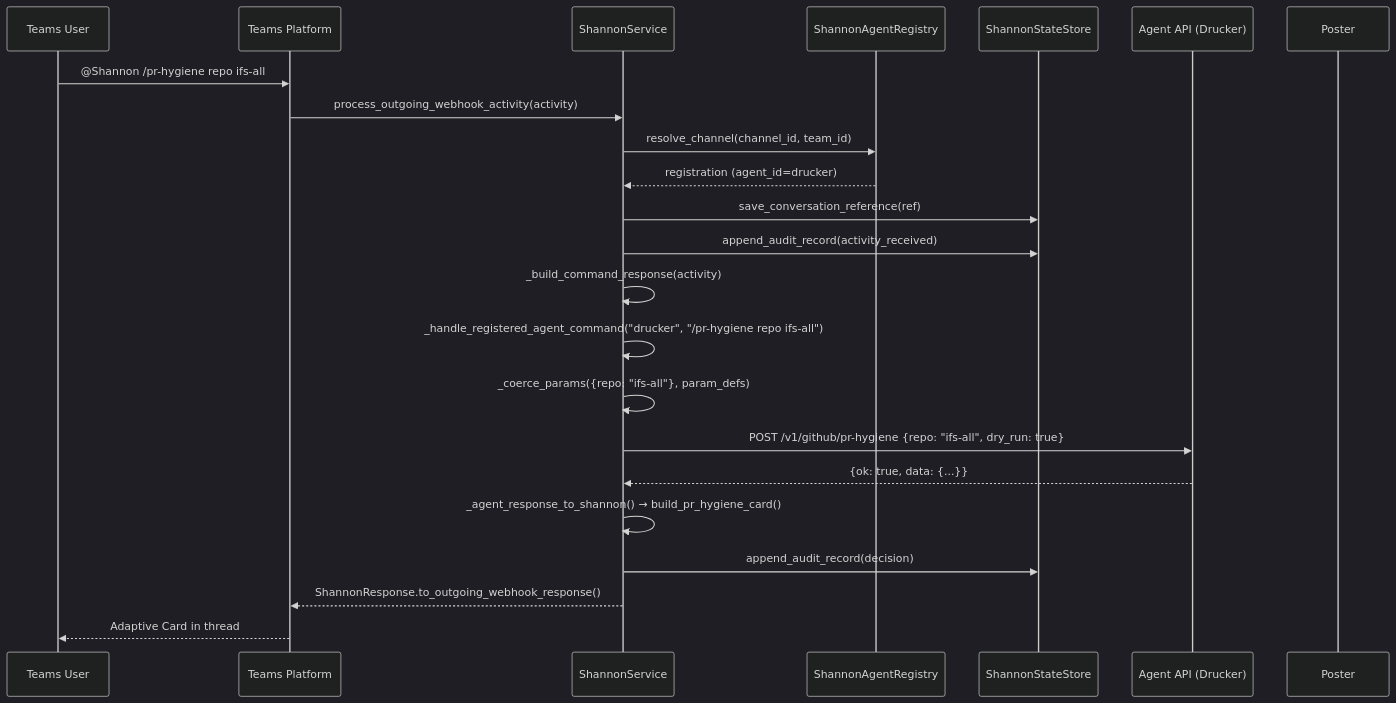
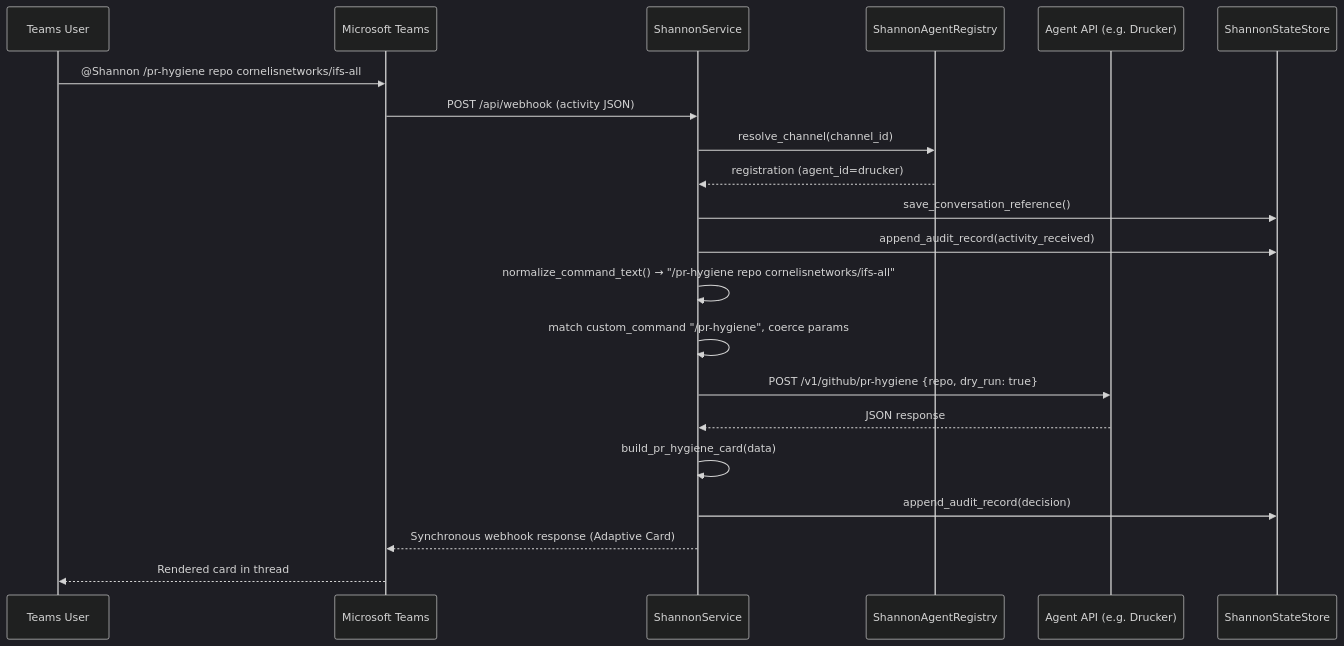
The second of 4 diagrams in docs/agents-shannon.md (jmac-cornelis/agent-workforce), drawn with Mermaid (dark theme) before and after one commit. The commit also changed other lines of this file and 7 other files, not shown here.

````diff
--- a/docs/agents-shannon.md
+++ b/docs/agents-shannon.md
@@ -72,26 +74,24 @@
 ```mermaid
 sequenceDiagram
     participant U as Teams User
-    participant T as Teams Platform
+    participant T as Microsoft Teams
     participant SVC as ShannonService
-    participant REG as ShannonAgentRegistry
-    participant SS as ShannonStateStore
-    participant A as Agent API (Drucker)
-    participant PST as Poster
+    participant SREG as ShannonAgentRegistry
+    participant API as Agent API (e.g. Drucker)
+    participant STATE as ShannonStateStore
 
-    U->>T: @Shannon /pr-hygiene repo ifs-all
-    T->>SVC: process_outgoing_webhook_activity(activity)
-    SVC->>REG: resolve_channel(channel_id, team_id)
-    REG-->>SVC: registration (agent_id=drucker)
-    SVC->>SS: save_conversation_reference(ref)
-    SVC->>SS: append_audit_record(activity_received)
-    SVC->>SVC: _build_command_response(activity)
-    SVC->>SVC: _handle_registered_agent_command("drucker", "/pr-hygiene repo ifs-all")
-    SVC->>SVC: _coerce_params({repo: "ifs-all"}, param_defs)
-    SVC->>A: POST /v1/github/pr-hygiene {repo: "ifs-all", dry_run: true}
-    A-->>SVC: {ok: true, data: {...}}
-    SVC->>SVC: _agent_response_to_shannon() → build_pr_hygiene_card()
-    SVC->>SS: append_audit_record(decision)
-    SVC-->>T: ShannonResponse.to_outgoing_webhook_response()
-    T-->>U: Adaptive Card in thread
+    U->>T: @Shannon /pr-hygiene repo cornelisnetworks/ifs-all
+    T->>SVC: POST /api/webhook (activity JSON)
+    SVC->>SREG: resolve_channel(channel_id)
+    SREG-->>SVC: registration (agent_id=drucker)
+    SVC->>STATE: save_conversation_reference()
+    SVC->>STATE: append_audit_record(activity_received)
+    SVC->>SVC: normalize_command_text() → "/pr-hygiene repo cornelisnetworks/ifs-all"
+    SVC->>SVC: match custom_command "/pr-hygiene", coerce params
+    SVC->>API: POST /v1/github/pr-hygiene {repo, dry_run: true}
+    API-->>SVC: JSON response
+    SVC->>SVC: build_pr_hygiene_card(data)
+    SVC->>STATE: append_audit_record(decision)
+    SVC-->>T: Synchronous webhook response (Adaptive Card)
+    T-->>U: Rendered card in thread
 ```
````
